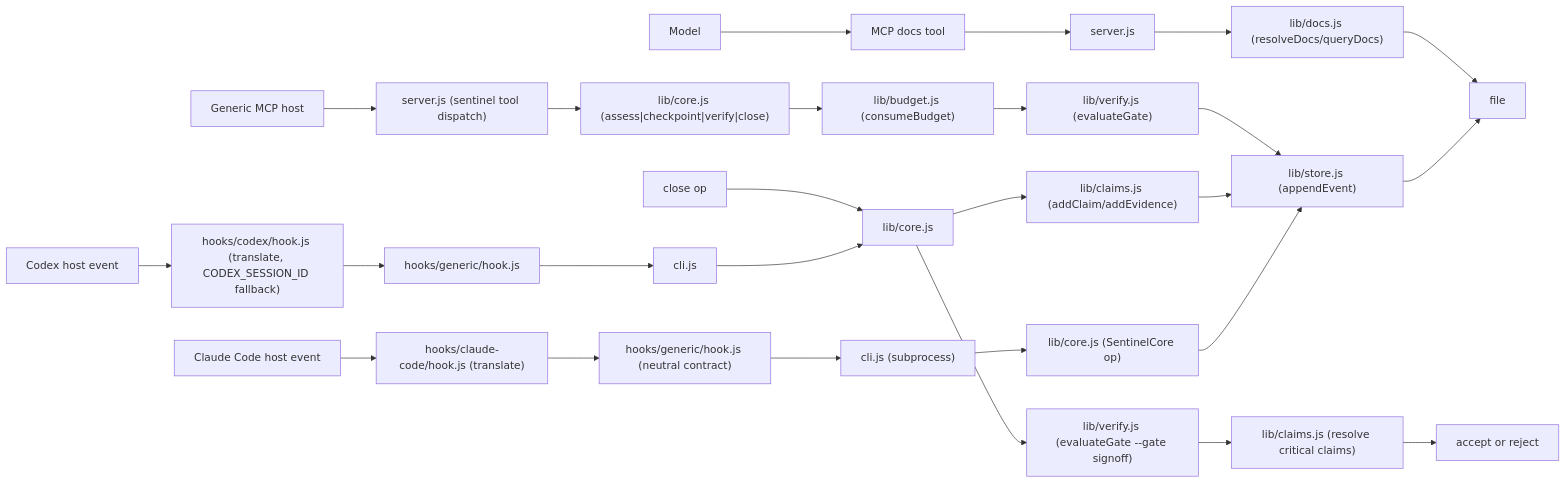
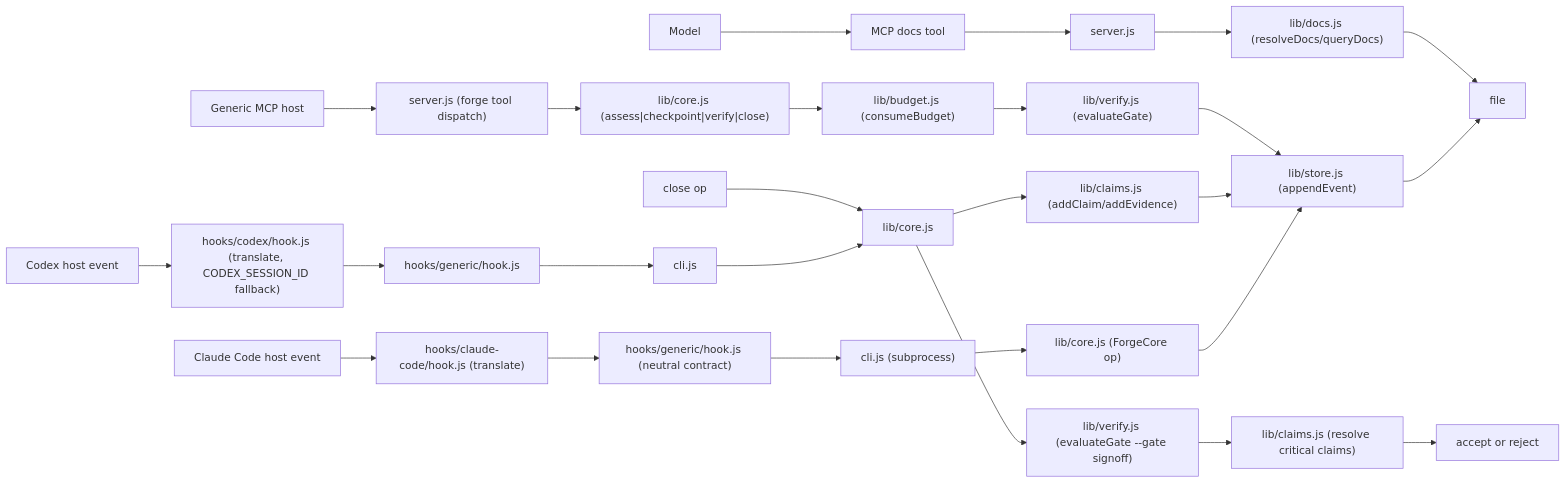
Before and after one commit to Orthic-Labs/Sentinel: the diagram in docs/architecture.md, drawn with Mermaid. The commit also changed other lines of this file and 48 other files, not shown here.

Commit message:
rename: Sentinel -> Forge (repo, package, docs, hooks)

````diff
--- a/docs/architecture.md
+++ b/docs/architecture.md
@@ -13,55 +13,55 @@
 ```mermaid
 flowchart LR
   %% component workflow from .agent/understanding.json
   c0["Claude Code host event"]
   c1["hooks/claude-code/hook.js (translate)"]
   c2["hooks/generic/hook.js (neutral contract)"]
   c3["cli.js (subprocess)"]
-  c4["lib/core.js (SentinelCore op)"]
+  c4["lib/core.js (ForgeCore op)"]
   c5["lib/store.js (appendEvent)"]
   c6["file"]
   c7["Codex host event"]
   c8["hooks/codex/hook.js (translate, CODEX_SESSION_ID fallback)"]
   c9["hooks/generic/hook.js"]
   c10["cli.js"]
   c11["lib/core.js"]
   c12["lib/claims.js (addClaim/addEvidence)"]
   c13["Generic MCP host"]
-  c14["server.js (sentinel tool dispatch)"]
+  c14["server.js (forge tool dispatch)"]
   c15["lib/core.js (assess|checkpoint|verify|close)"]
   c16["lib/budget.js (consumeBudget)"]
   c17["lib/verify.js (evaluateGate)"]
   c18["close op"]
   c19["lib/verify.js (evaluateGate --gate signoff)"]
   c20["lib/claims.js (resolve critical claims)"]
   c21["accept or reject"]
   c22["Model"]
   c23["MCP docs tool"]
   c24["server.js"]
   c25["lib/docs.js (resolveDocs/queryDocs)"]
   c0 --> c1
   c1 --> c2
   c2 --> c3
   c3 --> c4
   c4 --> c5
   c5 --> c6
   c7 --> c8
   c8 --> c9
   c9 --> c10
   c10 --> c11
   c11 --> c12
   c12 --> c5
   c13 --> c14
   c14 --> c15
   c15 --> c16
   c16 --> c17
   c17 --> c5
   c18 --> c11
   c11 --> c19
   c19 --> c20
   c20 --> c21
   c22 --> c23
   c23 --> c24
   c24 --> c25
   c25 --> c6
 ```
````
